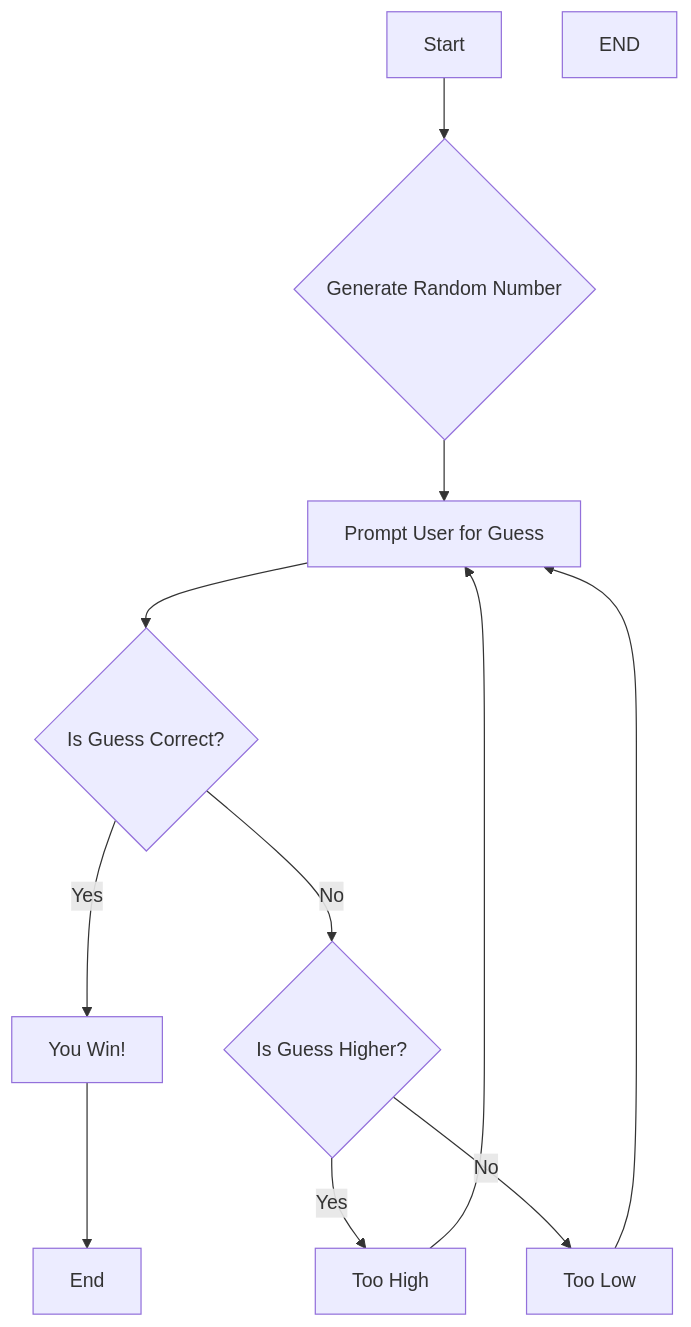
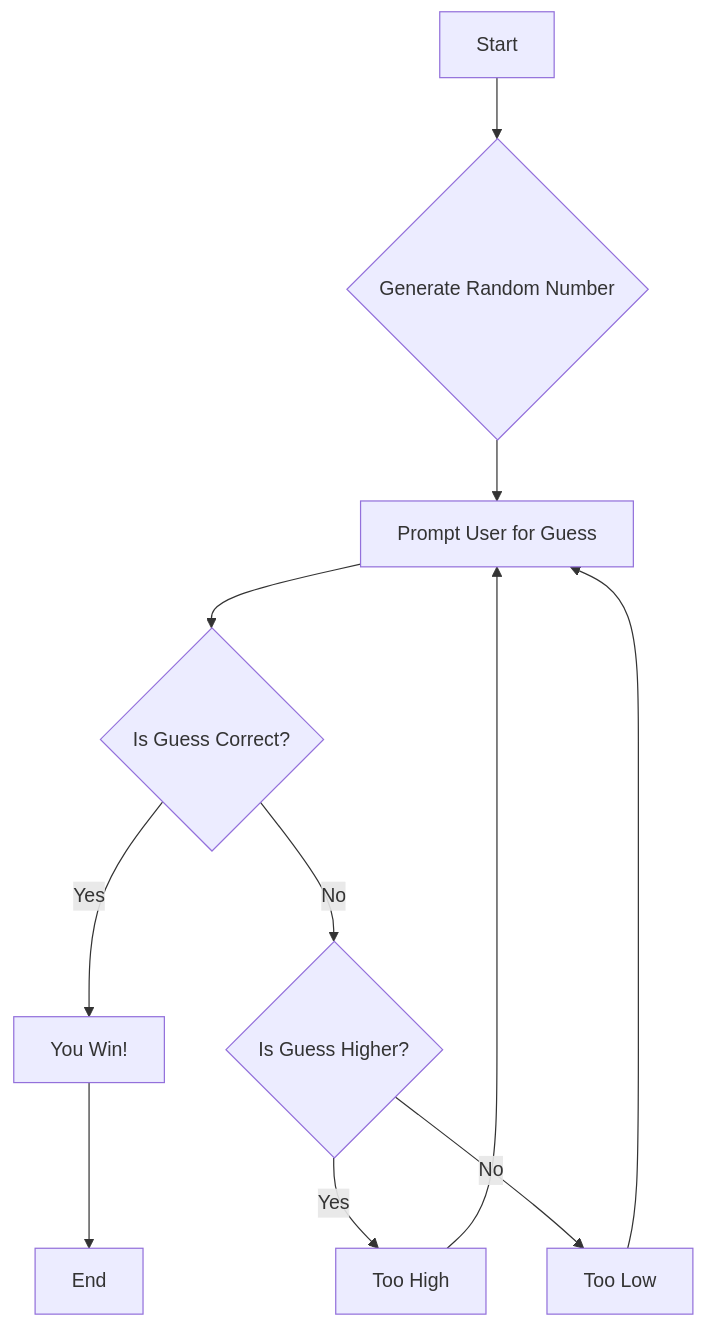
Before and after one commit to skygazer629/AndrewRepo123: the diagram in Game.md, drawn with Mermaid.

````diff
--- a/Game.md
+++ b/Game.md
@@ -1,14 +1,13 @@
 ```mermaid
 flowchart TD
     A[Start] --> B{Generate Random Number}
     B --> C[Prompt User for Guess]
     C --> D{Is Guess Correct?}
     D -- Yes --> E["You Win!"]
     E --> F[End]
     D -- No --> G{Is Guess Higher?}
     G -- Yes --> H["Too High"]
     H --> C
     G -- No --> I["Too Low"]
     I --> C
-END
 ```
````
